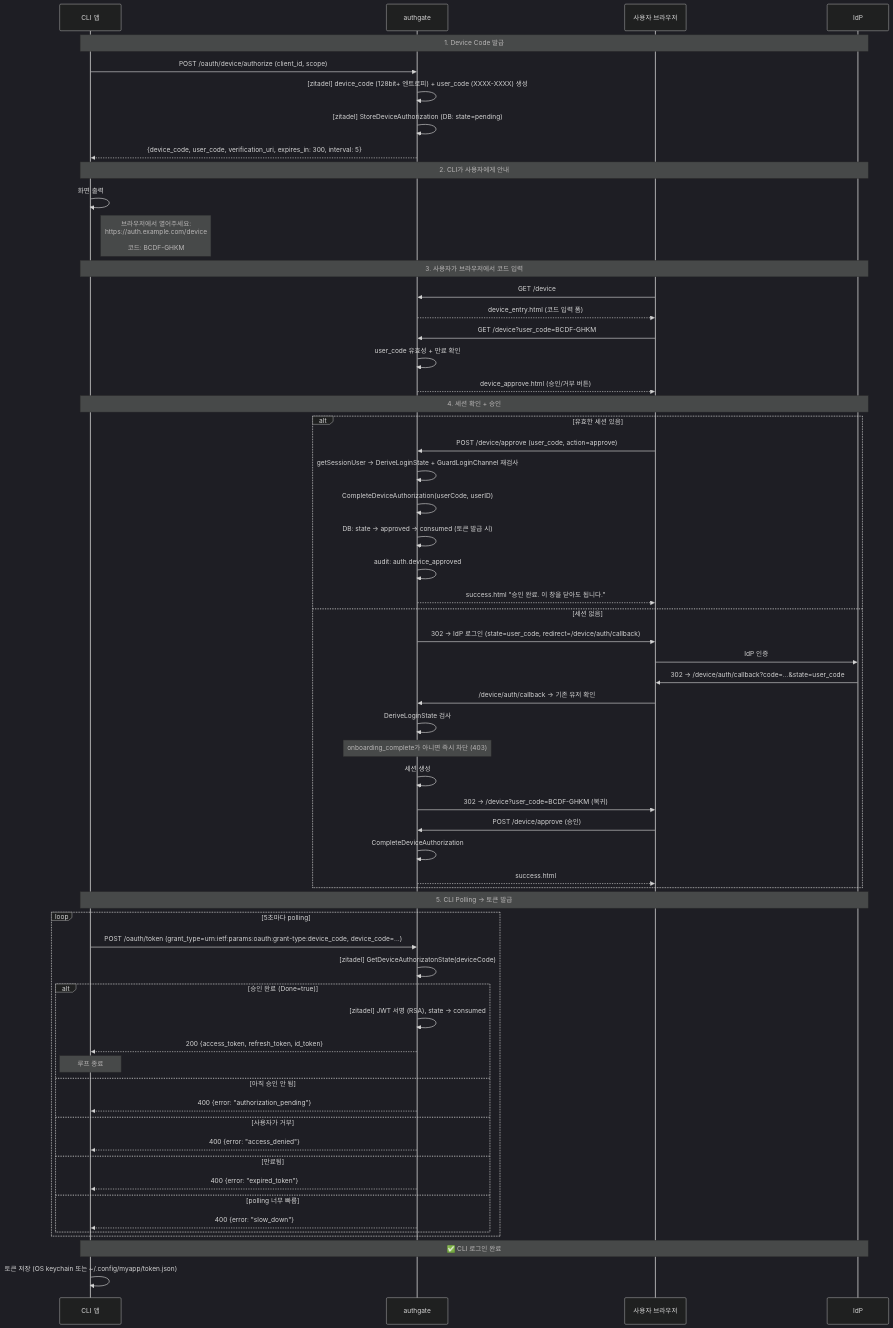
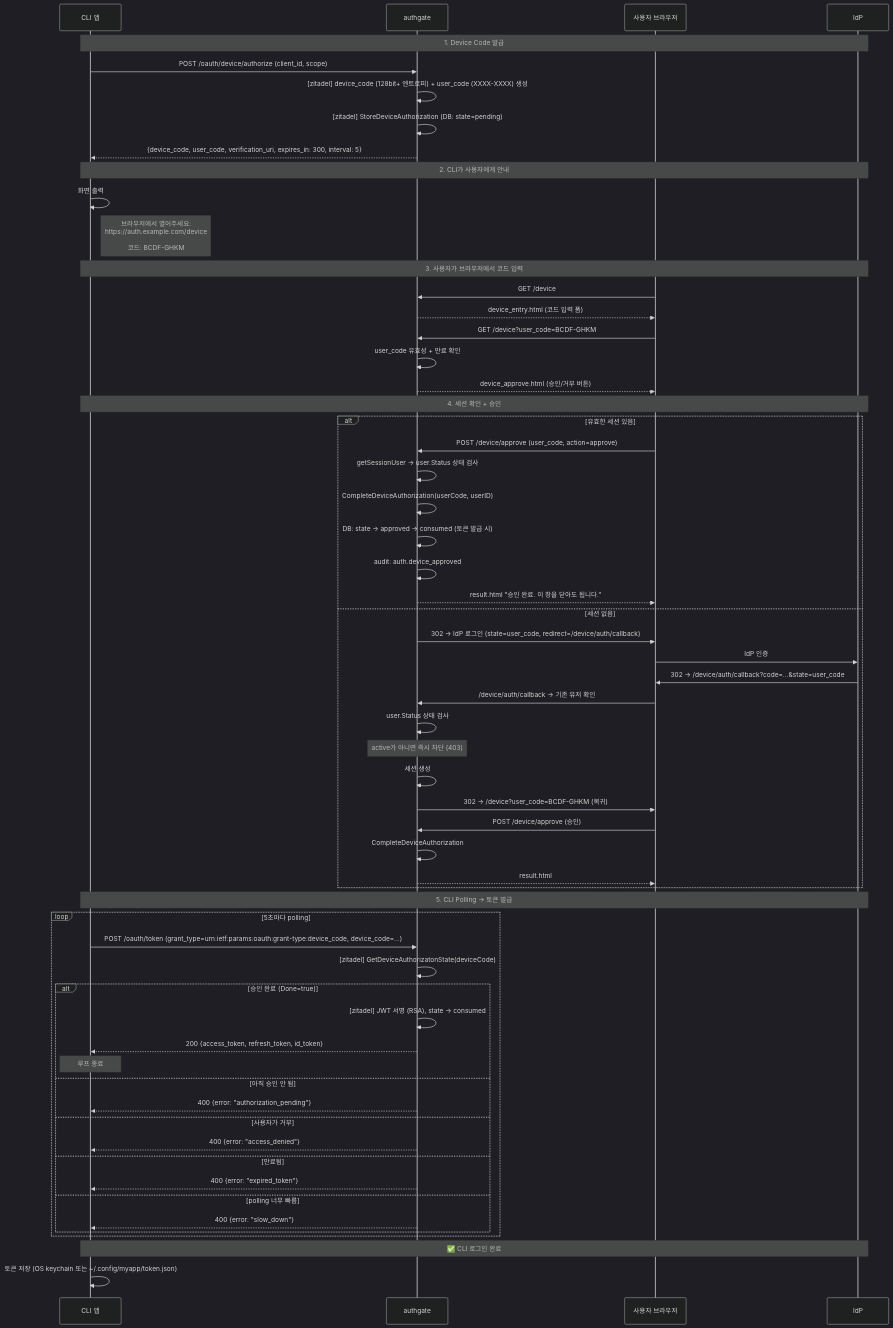
One commit to cagojeiger/authgate changed the first of 2 diagrams in docs/spec/003-device-login.md. Above: the diagram before and after it, drawn with Mermaid (dark theme). The commit also changed other lines of this file and 26 other files, not shown here.

````diff
--- a/docs/spec/003-device-login.md
+++ b/docs/spec/003-device-login.md
@@ -38,68 +38,68 @@
 ```mermaid
 sequenceDiagram
     participant CLI as CLI 앱
     participant AG as authgate
     participant U as 사용자 브라우저
     participant IdP as IdP
 
     Note over CLI,IdP: 1. Device Code 발급
     CLI->>AG: POST /oauth/device/authorize (client_id, scope)
     AG->>AG: [zitadel] device_code (128bit+ 엔트로피) + user_code (XXXX-XXXX) 생성
     AG->>AG: [zitadel] StoreDeviceAuthorization (DB: state=pending)
     AG-->>CLI: {device_code, user_code, verification_uri, expires_in: 300, interval: 5}
 
     Note over CLI,IdP: 2. CLI가 사용자에게 안내
     CLI->>CLI: 화면 출력
     Note right of CLI: 브라우저에서 열어주세요:<br/>https://auth.example.com/device<br/><br/>코드: BCDF-GHKM
 
     Note over CLI,IdP: 3. 사용자가 브라우저에서 코드 입력
     U->>AG: GET /device
     AG-->>U: device_entry.html (코드 입력 폼)
     U->>AG: GET /device?user_code=BCDF-GHKM
     AG->>AG: user_code 유효성 + 만료 확인
     AG-->>U: device_approve.html (승인/거부 버튼)
 
     Note over CLI,IdP: 4. 세션 확인 + 승인
     alt 유효한 세션 있음
         U->>AG: POST /device/approve (user_code, action=approve)
-        AG->>AG: getSessionUser → DeriveLoginState + GuardLoginChannel 재검사
+        AG->>AG: getSessionUser → user.Status 상태 검사
         AG->>AG: CompleteDeviceAuthorization(userCode, userID)
         AG->>AG: DB: state → approved → consumed (토큰 발급 시)
         AG->>AG: audit: auth.device_approved
-        AG-->>U: success.html "승인 완료. 이 창을 닫아도 됩니다."
+        AG-->>U: result.html "승인 완료. 이 창을 닫아도 됩니다."
     else 세션 없음
         AG->>U: 302 → IdP 로그인 (state=user_code, redirect=/device/auth/callback)
         U->>IdP: IdP 인증
         IdP->>U: 302 → /device/auth/callback?code=...&state=user_code
         U->>AG: /device/auth/callback → 기존 유저 확인
-        AG->>AG: DeriveLoginState 검사
-        Note over AG: onboarding_complete가 아니면 즉시 차단 (403)
+        AG->>AG: user.Status 상태 검사
+        Note over AG: active가 아니면 즉시 차단 (403)
         AG->>AG: 세션 생성
         AG->>U: 302 → /device?user_code=BCDF-GHKM (복귀)
         U->>AG: POST /device/approve (승인)
         AG->>AG: CompleteDeviceAuthorization
-        AG-->>U: success.html
+        AG-->>U: result.html
     end
 
     Note over CLI,IdP: 5. CLI Polling → 토큰 발급
     loop 5초마다 polling
         CLI->>AG: POST /oauth/token (grant_type=urn:ietf:params:oauth:grant-type:device_code, device_code=...)
         AG->>AG: [zitadel] GetDeviceAuthorizatonState(deviceCode)
         alt 승인 완료 (Done=true)
             AG->>AG: [zitadel] JWT 서명 (RSA), state → consumed
             AG-->>CLI: 200 {access_token, refresh_token, id_token}
             Note over CLI: 루프 종료
         else 아직 승인 안 됨
             AG-->>CLI: 400 {error: "authorization_pending"}
         else 사용자가 거부
             AG-->>CLI: 400 {error: "access_denied"}
         else 만료됨
             AG-->>CLI: 400 {error: "expired_token"}
         else polling 너무 빠름
             AG-->>CLI: 400 {error: "slow_down"}
         end
     end
 
     Note over CLI,IdP: ✅ CLI 로그인 완료
     CLI->>CLI: 토큰 저장 (OS keychain 또는 ~/.config/myapp/token.json)
 ```
````
